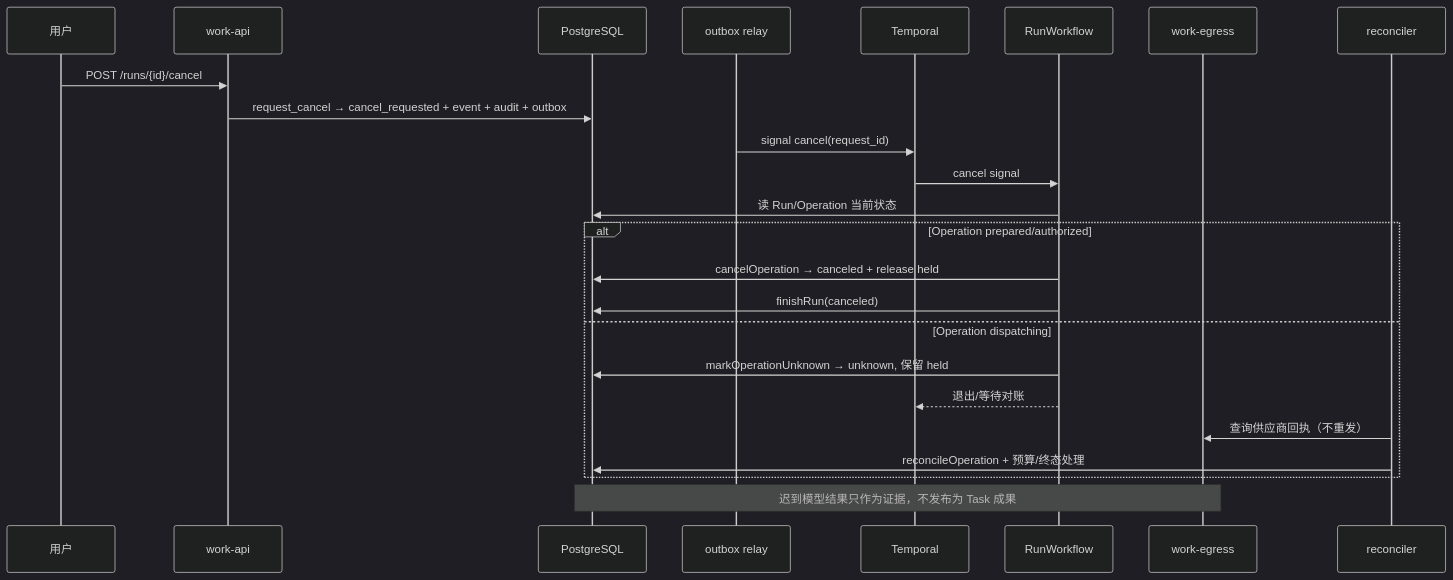
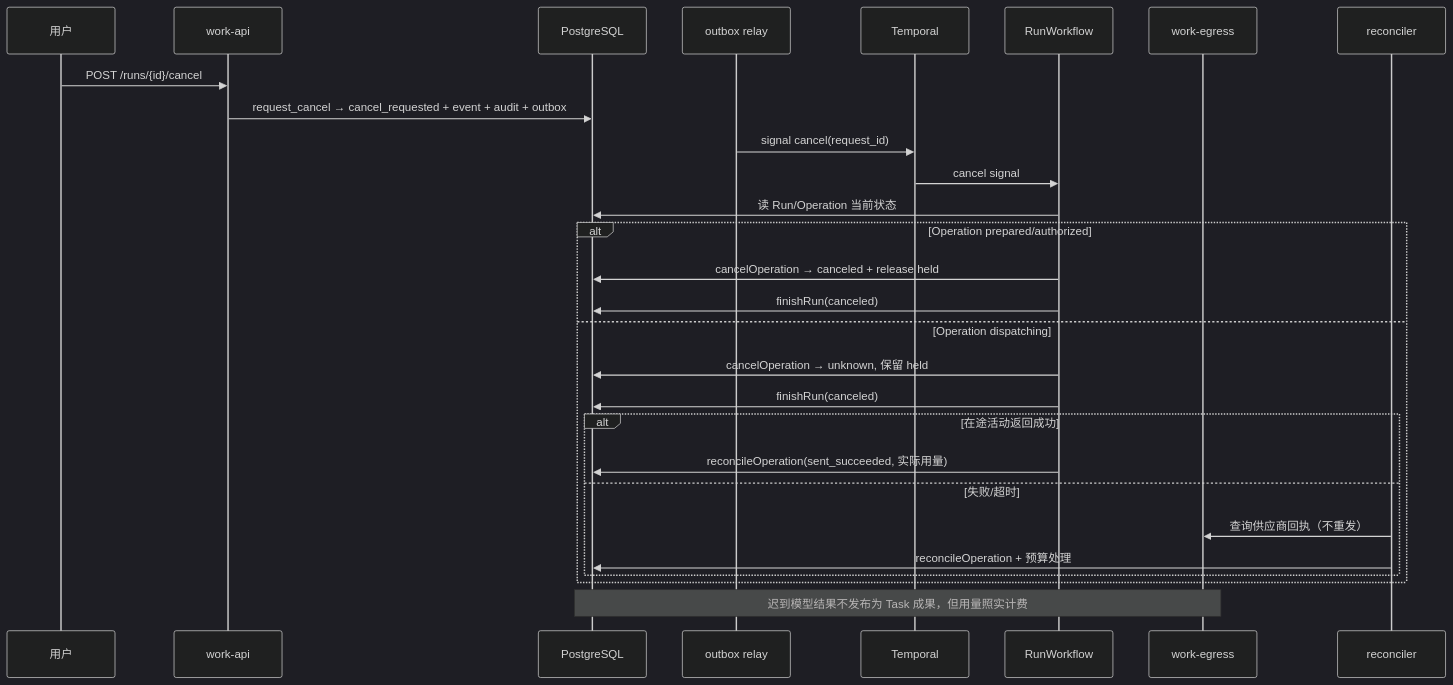
Before and after one commit to John-Shao/we-meet: the third of 4 diagrams in docs/plan/work-r0a-orchestration-design-2026-10-25.md, drawn with Mermaid (dark theme). The commit also changed other lines of this file and 49 other files, not shown here.

````diff
--- a/docs/plan/work-r0a-orchestration-design-2026-10-25.md
+++ b/docs/plan/work-r0a-orchestration-design-2026-10-25.md
@@ -277,26 +284,30 @@
 ```mermaid
 sequenceDiagram
   participant U as 用户
   participant A as work-api
   participant D as PostgreSQL
   participant O as outbox relay
   participant T as Temporal
   participant W as RunWorkflow
   participant E as work-egress
   participant R as reconciler
   U->>A: POST /runs/{id}/cancel
   A->>D: request_cancel → cancel_requested + event + audit + outbox
   O->>T: signal cancel(request_id)
   T->>W: cancel signal
   W->>D: 读 Run/Operation 当前状态
   alt Operation prepared/authorized
     W->>D: cancelOperation → canceled + release held
     W->>D: finishRun(canceled)
   else Operation dispatching
-    W->>D: markOperationUnknown → unknown, 保留 held
-    W-->>T: 退出/等待对账
-    R->>E: 查询供应商回执（不重发）
-    R->>D: reconcileOperation + 预算/终态处理
+    W->>D: cancelOperation → unknown, 保留 held
+    W->>D: finishRun(canceled)
+    alt 在途活动返回成功
+      W->>D: reconcileOperation(sent_succeeded, 实际用量)
+    else 失败/超时
+      R->>E: 查询供应商回执（不重发）
+      R->>D: reconcileOperation + 预算处理
+    end
   end
-  Note over E,D: 迟到模型结果只作为证据，不发布为 Task 成果
+  Note over E,D: 迟到模型结果不发布为 Task 成果，但用量照实计费
 ```
````
